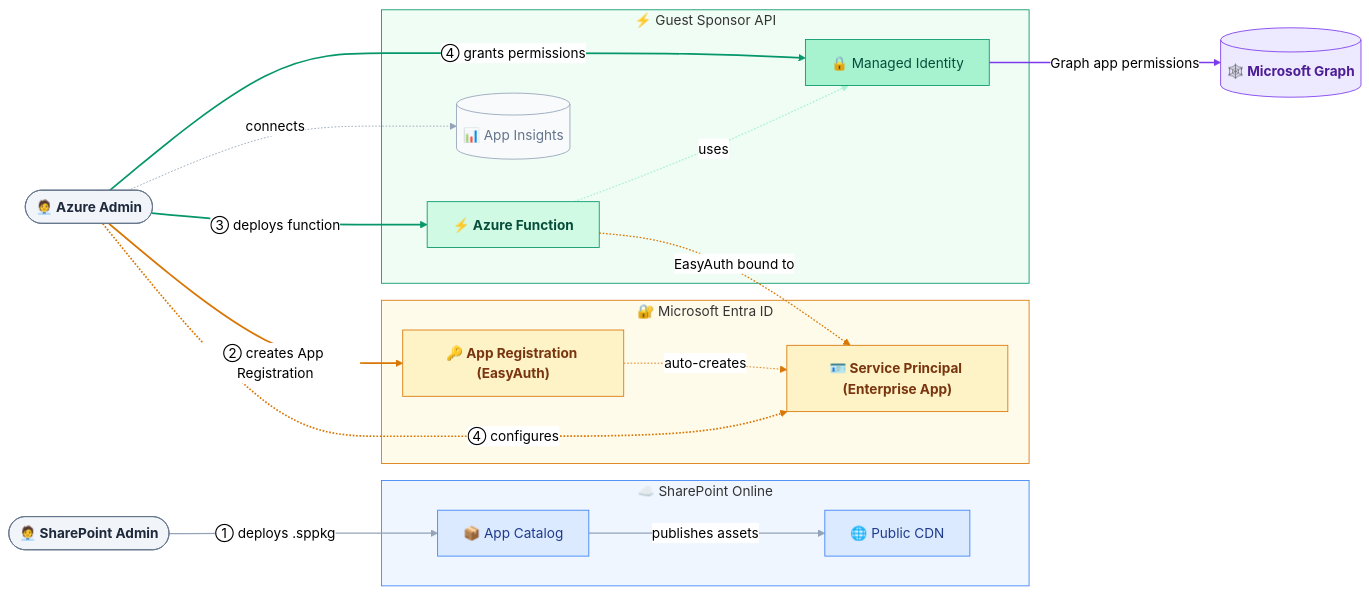
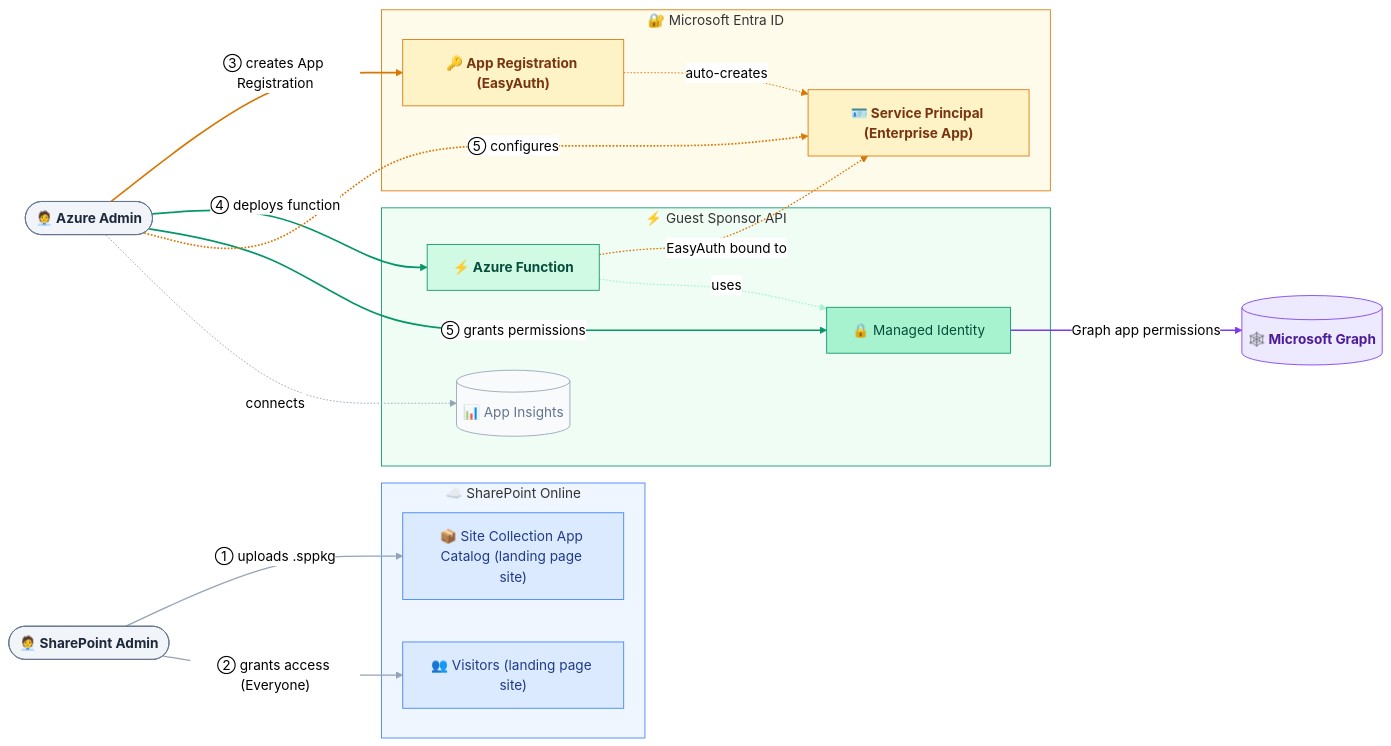
The first of 3 diagrams in docs/architecture-diagram.md (jpawlowski/spfx-guest-sponsor-info), drawn with Mermaid (neutral theme) before and after one commit. The commit also changed other lines of this file and 5 other files, not shown here.

````diff
--- a/docs/architecture-diagram.md
+++ b/docs/architecture-diagram.md
@@ -20,70 +20,72 @@
 ```mermaid
 flowchart LR
     classDef admin    fill:#f1f5f9,stroke:#64748b,color:#1e293b,font-weight:bold
     classDef delivery fill:#dbeafe,stroke:#3b82f6,color:#1e3a8a
     classDef token    fill:#fef3c7,stroke:#d97706,color:#78350f,font-weight:bold
     classDef gate     fill:#fde68a,stroke:#b45309,color:#78350f,font-weight:bold
     classDef func     fill:#d1fae5,stroke:#059669,color:#064e3b,font-weight:bold
     classDef infra    fill:#a7f3d0,stroke:#059669,color:#064e3b
     classDef logs     fill:#f8fafc,stroke:#94a3b8,color:#64748b
     classDef msgraph  fill:#ede9fe,stroke:#7c3aed,color:#4c1d95,font-weight:bold
 
     SpAdmin(["🧑‍💼 SharePoint Admin"]):::admin
     AzAdmin(["🧑‍💼 Azure Admin"]):::admin
 
     subgraph spo["☁️ SharePoint Online"]
-        Catalog["📦 App Catalog"]:::delivery
-        CDN["🌐 Public CDN"]:::delivery
+        SCAC["📦 Site Collection App Catalog (landing page site)"]:::delivery
+        Visitors["👥 Visitors (landing page site)"]:::delivery
     end
 
     subgraph entra["🔐 Microsoft Entra ID"]
         AppReg["🔑 App Registration (EasyAuth)"]:::token
         SP["🪪 Service Principal (Enterprise App)"]:::token
     end
 
     subgraph azure["⚡ Guest Sponsor API"]
         Func["⚡ Azure Function"]:::func
         MI["🔒 Managed Identity"]:::infra
         AI[("📊 App Insights")]:::logs
     end
 
     Graph[("🕸️ Microsoft Graph")]:::msgraph
 
-    SpAdmin -- "① deploys .sppkg"        --> Catalog
-    Catalog -- "publishes assets"         --> CDN
+    SpAdmin -- "① uploads .sppkg"              --> SCAC
+    SpAdmin -- "② grants access (Everyone)"    --> Visitors
 
-    AzAdmin -- "② creates App Registration" --> AppReg
-    AppReg  -. "auto-creates"            .-> SP
-    AzAdmin -- "③ deploys function"      --> Func
-    Func    -. "EasyAuth bound to"       .-> SP
-    AzAdmin -- "④ grants permissions"    --> MI
-    AzAdmin -. "④ configures"           .-> SP
-    Func    -. "uses"                   .-> MI
-    MI      -- "Graph app permissions"   --> Graph
-    AzAdmin -. "connects"               .-> AI
+    AzAdmin -- "③ creates App Registration"    --> AppReg
+    AppReg  -. "auto-creates"                .-> SP
+    AzAdmin -- "④ deploys function"           --> Func
+    Func    -. "EasyAuth bound to"            .-> SP
+    AzAdmin -- "⑤ grants permissions"         --> MI
+    AzAdmin -. "⑤ configures"               .-> SP
+    Func    -. "uses"                        .-> MI
+    MI      -- "Graph app permissions"        --> Graph
+    AzAdmin -. "connects"                    .-> AI
 
     style spo   fill:#eff6ff,stroke:#3b82f6
     style entra fill:#fffbeb,stroke:#d97706
     style azure fill:#f0fdf4,stroke:#059669
 
-    %% 0–1   SharePoint delivery chain
-    linkStyle 0,1   stroke:#94a3b8,stroke-width:1.5px
-    %% 2     App Registration creation
+    %% 0     SharePoint delivery (step ①)
+    linkStyle 0     stroke:#94a3b8,stroke-width:1.5px
+    %% 1     guest Visitor access (step ②)
+    linkStyle 1     stroke:#94a3b8,stroke-width:1.5px
+    %% 2     App Registration creation (step ③)
     linkStyle 2     stroke:#d97706,stroke-width:2px
     %% 3     AppReg auto-creates SP
     linkStyle 3     stroke:#d97706,stroke-width:1px
-    %% 4     Function deployment
+    %% 4     Function deployment (step ④)
     linkStyle 4     stroke:#059669,stroke-width:2px
     %% 5     EasyAuth bound to SP
     linkStyle 5     stroke:#d97706,stroke-width:1.5px
-    %% 6     permission grant to MI
+    %% 6     permission grant to MI (step ⑤)
     linkStyle 6     stroke:#059669,stroke-width:2px
-    %% 7     SP configuration (step ④)
+    %% 7     SP configuration (step ⑤)
     linkStyle 7     stroke:#d97706,stroke-width:2px
     %% 8     Func uses MI
     linkStyle 8     stroke:#a7f3d0,stroke-width:1.5px
     %% 9     MI→Graph permission
     linkStyle 9     stroke:#7c3aed,stroke-width:2px
     %% 10    AI connection
     linkStyle 10    stroke:#94a3b8,stroke-width:1px
 ```
````
